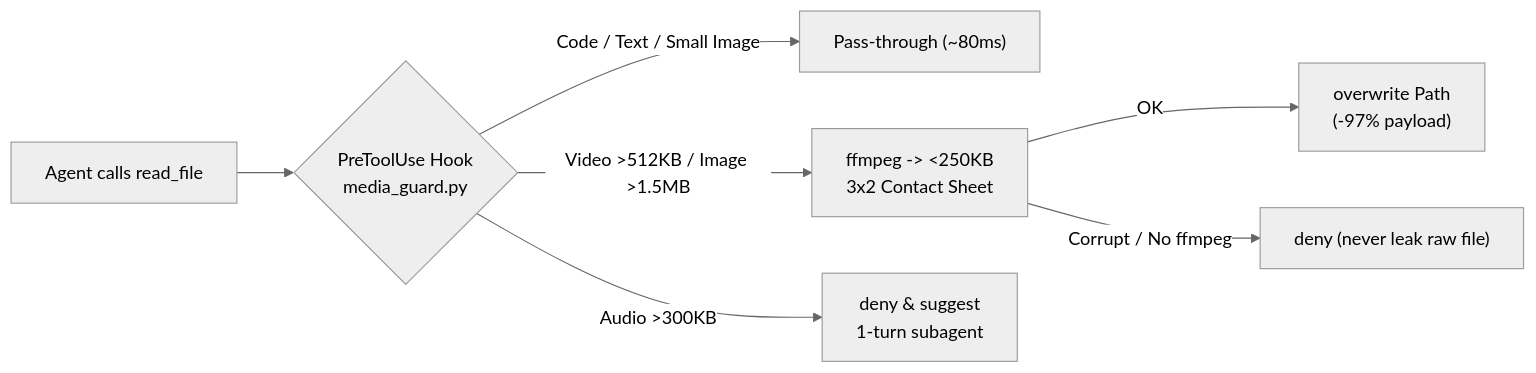
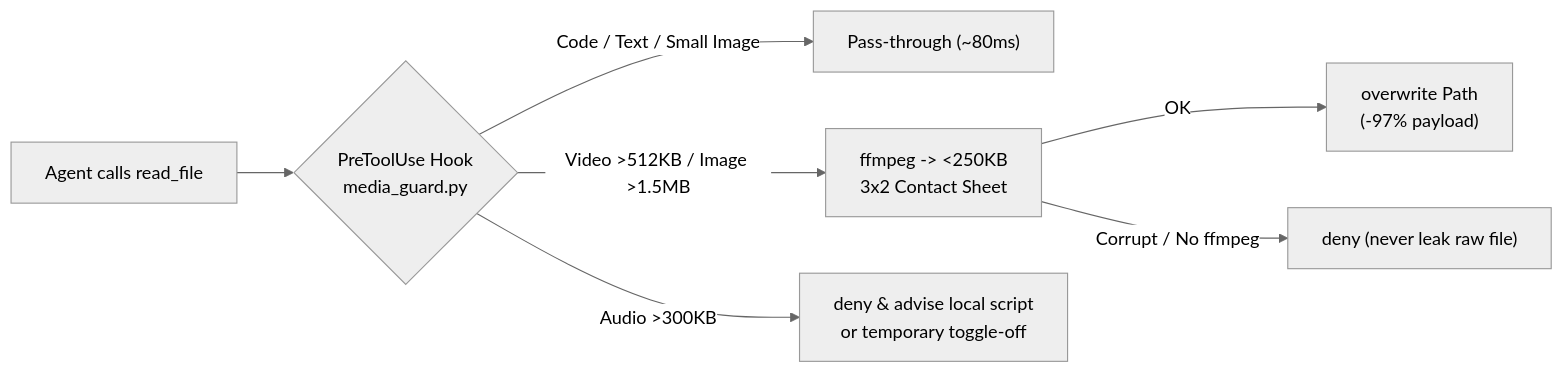
Before and after one commit to zhangzhangwudi2-creator/antigravity-traffic-guard: the diagram in README_EN.md, drawn with Mermaid (neutral theme). The commit also changed other lines of this file and 5 other files, not shown here.

````diff
--- a/README_EN.md
+++ b/README_EN.md
@@ -23,9 +23,9 @@
 ```mermaid
 flowchart LR
   A["Agent calls read_file"] --> B{"PreToolUse Hook<br/>media_guard.py"}
   B -- "Code / Text / Small Image" --> C["Pass-through (~80ms)"]
   B -- "Video >512KB / Image >1.5MB" --> D["ffmpeg -> <250KB<br/>3x2 Contact Sheet"]
   D -- "OK" --> E["overwrite Path<br/>(-97% payload)"]
   D -- "Corrupt / No ffmpeg" --> F["deny (never leak raw file)"]
-  B -- "Audio >300KB" --> G["deny & suggest<br/>1-turn subagent"]
+  B -- "Audio >300KB" --> G["deny & advise local script<br/>or temporary toggle-off"]
 ```
````
